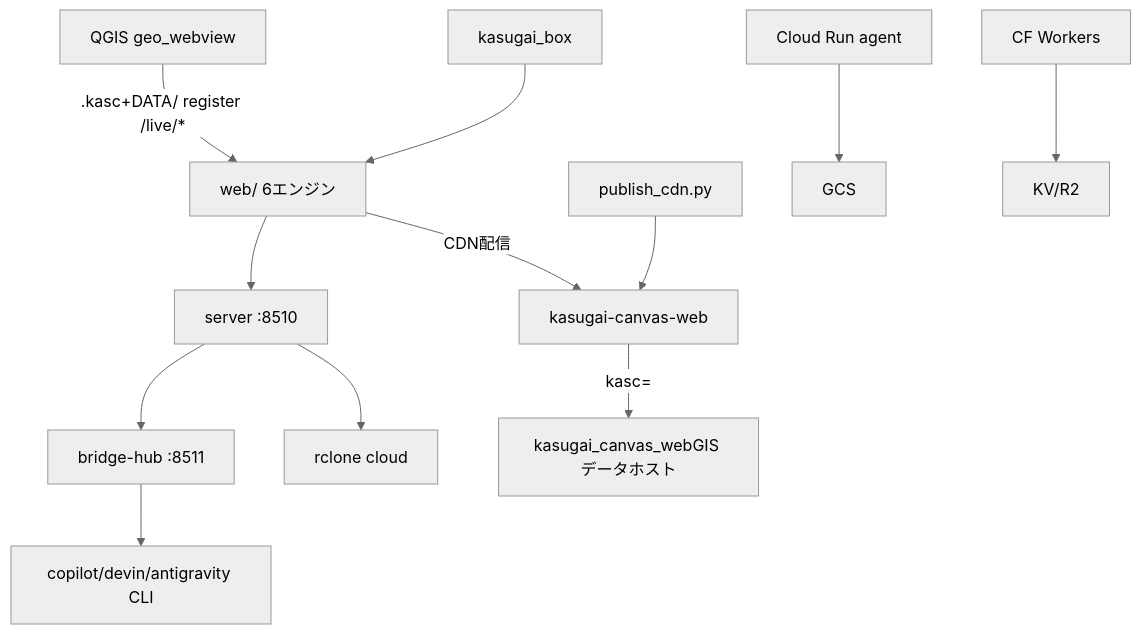
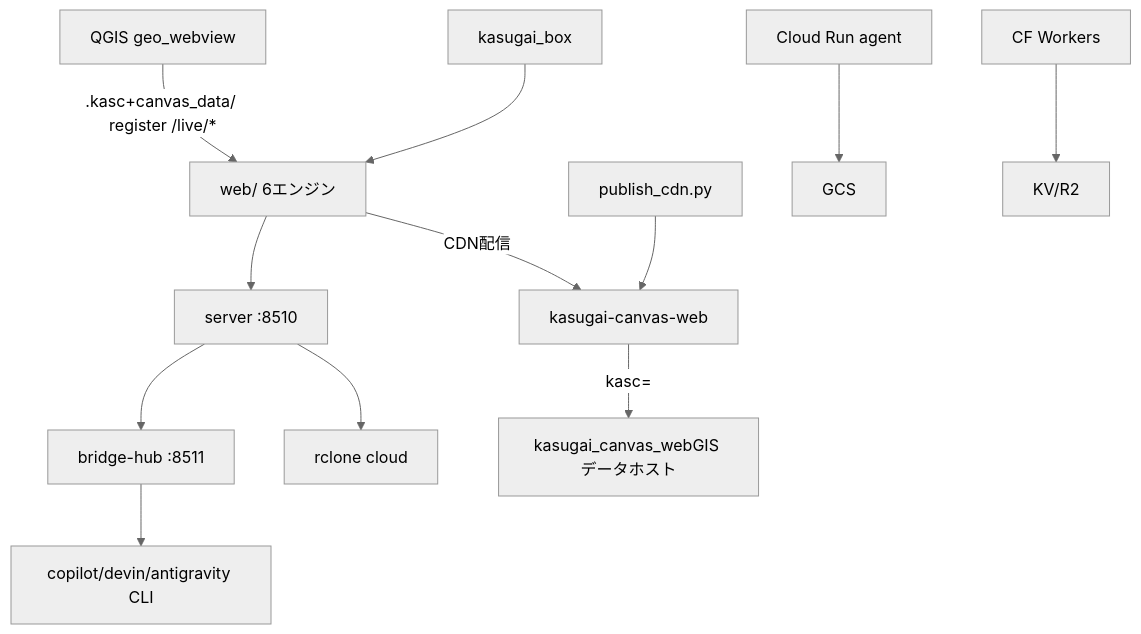
Before and after one commit to yamamoto-ryuzo/kasugai_canvas: the diagram in verify/logic-sheet.md, drawn with Mermaid (neutral theme). The commit also changed 323 other files, not shown here.

First line of the commit message:
feat: 添付データを canvas_data/ へ改称 + QMLギャップ一括実装とドキュメント整備

````diff
--- a/verify/logic-sheet.md
+++ b/verify/logic-sheet.md
@@ -6,14 +6,14 @@
 ```mermaid
 flowchart TB
-  qgis[QGIS geo_webview] -->|.kasc+DATA/ register /live/*| web[web/ 6エンジン]
+  qgis[QGIS geo_webview] -->|.kasc+canvas_data/ register /live/*| web[web/ 6エンジン]
   web --> srv[server :8510]
   srv --> hub[bridge-hub :8511]
   srv --> rcl[rclone cloud]
   hub --> cli[copilot/devin/antigravity CLI]
   web -->|CDN配信| cdn[kasugai-canvas-web]
   tools[publish_cdn.py] --> cdn
   cdn -->|kasc=| data[kasugai_canvas_webGIS データホスト]
   agent[Cloud Run agent] --> gcs[GCS]
   workers[CF Workers] --> kv[KV/R2]
   box[kasugai_box] --> web
 ```
````
